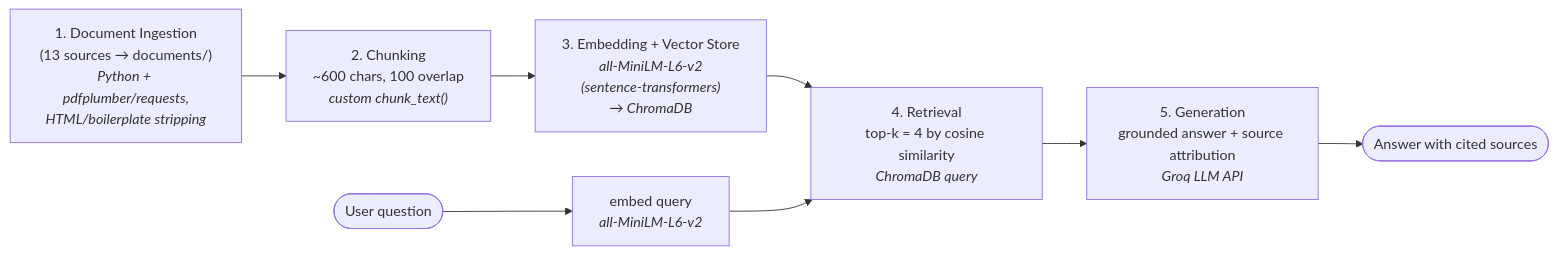
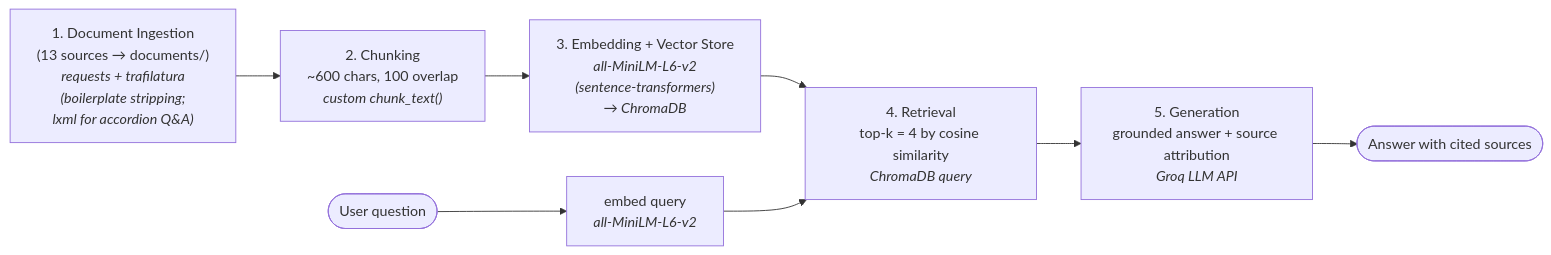
The diagram in planning.md (ilp90/RAG-System), drawn with Mermaid before and after one commit. The commit also changed other lines of this file and 16 other files, not shown here.

First line of the commit message:
milestone 3: document ingestion + chunking pipeline

````diff
--- a/planning.md
+++ b/planning.md
@@ -139,10 +139,10 @@
 ```mermaid
 flowchart LR
-    A["1. Document Ingestion<br/>(13 sources → documents/)<br/><i>Python + pdfplumber/requests,<br/>HTML/boilerplate stripping</i>"]
+    A["1. Document Ingestion<br/>(13 sources → documents/)<br/><i>requests + trafilatura<br/>(boilerplate stripping;<br/>lxml for accordion Q&A)</i>"]
       --> B["2. Chunking<br/>~600 chars, 100 overlap<br/><i>custom chunk_text()</i>"]
       --> C["3. Embedding + Vector Store<br/><i>all-MiniLM-L6-v2<br/>(sentence-transformers)<br/>→ ChromaDB</i>"]
       --> D["4. Retrieval<br/>top-k = 4 by cosine similarity<br/><i>ChromaDB query</i>"]
       --> E["5. Generation<br/>grounded answer + source attribution<br/><i>Groq LLM API</i>"]
     Q(["User question"]) --> C2["embed query<br/><i>all-MiniLM-L6-v2</i>"] --> D
     E --> ANS(["Answer with cited sources"])
 ```
````
